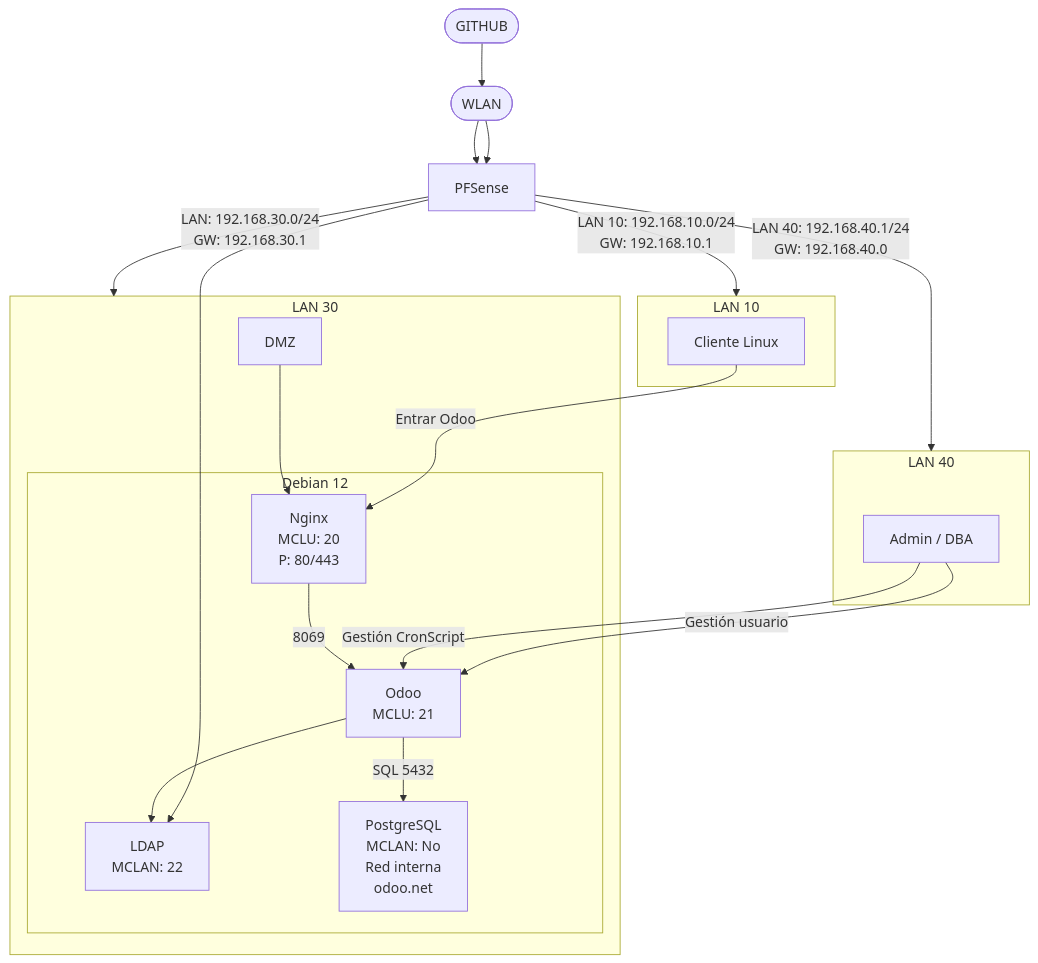
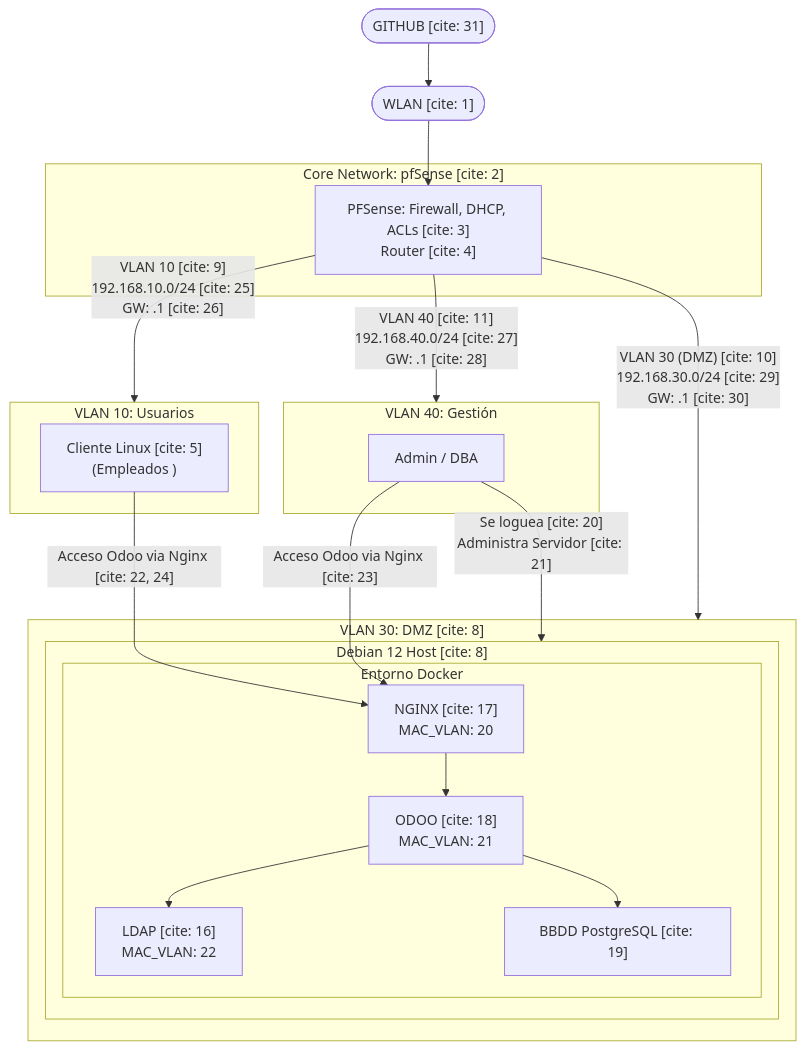
Before and after one commit to sandrafrv/TFG-Implantacion_Segura_y_Automatizada_de_Odoo: the diagram in README.md, drawn with Mermaid.

````diff
--- a/README.md
+++ b/README.md
@@ -41,42 +41,51 @@
 ```mermaid
 graph TD
-    GITHUB(["GITHUB"])
-    WLAN(["WLAN"])
-    GITHUB --> WLAN --> PFSense --> LDAP
-    WLAN --> PFSense["PFSense"]
-
-    PFSense -->|"LAN 10: 192.168.10.0/24\nGW: 192.168.10.1"| LAN10
-    PFSense -->|"LAN 40: 192.168.40.1/24\nGW: 192.168.40.0"| LAN40
-    PFSense -->|"LAN: 192.168.30.0/24\nGW: 192.168.30.1"| LAN30
-
-    subgraph LAN10["LAN 10"]
-        ClienteLinux["Cliente Linux"]
+    %% Nodos Externos y Core
+    GITHUB(["GITHUB [cite: 31]"])
+    WLAN(["WLAN [cite: 1]"])
+    
+    subgraph PFSENSE_CORE ["Core Network: pfSense [cite: 2]"]
+        PFS["PFSense: Firewall, DHCP, ACLs [cite: 3]\nRouter [cite: 4]"]
     end
 
-    subgraph LAN40["LAN 40"]
-        AdminDBA["Admin / DBA"]
+    %% Conexiones Principales
+    GITHUB --> WLAN
+    WLAN --> PFS
+
+    %% Segmentación de Redes (VLANs)
+    PFS -->|"VLAN 10 [cite: 9]\n192.168.10.0/24 [cite: 25]\nGW: .1 [cite: 26]"| VLAN10
+    PFS -->|"VLAN 40 [cite: 11]\n192.168.40.0/24 [cite: 27]\nGW: .1 [cite: 28]"| VLAN40
+    PFS -->|"VLAN 30 (DMZ) [cite: 10]\n192.168.30.0/24 [cite: 29]\nGW: .1 [cite: 30]"| VLAN30
+
+    %% VLAN 10 - Usuarios
+    subgraph VLAN10 ["VLAN 10: Usuarios"]
+        ClienteLinux["Cliente Linux [cite: 5]\n(Empleados )"]
     end
 
-    subgraph LAN30["LAN 30"]
-        DMZ["DMZ"]
+    %% VLAN 40 - Administración
+    subgraph VLAN40 ["VLAN 40: Gestión"]
+        AdminDBA["Admin / DBA "]
     end
 
-    AdminDBA -->|"Gestión usuario"| Odoo
-    AdminDBA -->|"Gestión CronScript"| Odoo
-    ClienteLinux -->|"Entrar Odoo"| Nginx
-
-    subgraph LAN30["LAN 30"]
-    subgraph DEBIAN["Debian 12"]
-        Nginx["Nginx\nMCLU: 20\nP: 80/443"]
-        Odoo["Odoo\nMCLU: 21"]
-        LDAP["LDAP\nMCLAN: 22"]
-        PostgreSQL["PostgreSQL\nMCLAN: No\nRed interna\nodoo.net"]
-
-        Nginx -->|"8069"| Odoo
-        Odoo --> LDAP
-        Odoo -->|"SQL 5432"| PostgreSQL
-    end
+    %% VLAN 30 - Servidores y Docker
+    subgraph VLAN30 ["VLAN 30: DMZ [cite: 8]"]
+        subgraph DEBIAN ["Debian 12 Host [cite: 8]"]
+            subgraph DOCKER_ENV ["Entorno Docker "]
+                NGINX["NGINX [cite: 17]\nMAC_VLAN: 20"]
+                ODOO["ODOO [cite: 18]\nMAC_VLAN: 21"]
+                LDAP["LDAP [cite: 16]\nMAC_VLAN: 22"]
+                POSTGRES["BBDD PostgreSQL [cite: 19]"]
+                
+                %% Relaciones internas Docker
+                NGINX --> ODOO
+                ODOO --> LDAP
+                ODOO --> POSTGRES
+            end
+        end
     end
 
-    DMZ --> Nginx
+    %% Flujos de Acceso y Lógica
+    AdminDBA -- "Se loguea [cite: 20]\nAdministra Servidor [cite: 21]" --> DEBIAN
+    AdminDBA -- "Acceso Odoo via Nginx [cite: 23]" --> NGINX
+    ClienteLinux -- "Acceso Odoo via Nginx [cite: 22, 24]" --> NGINX
 ```
````
